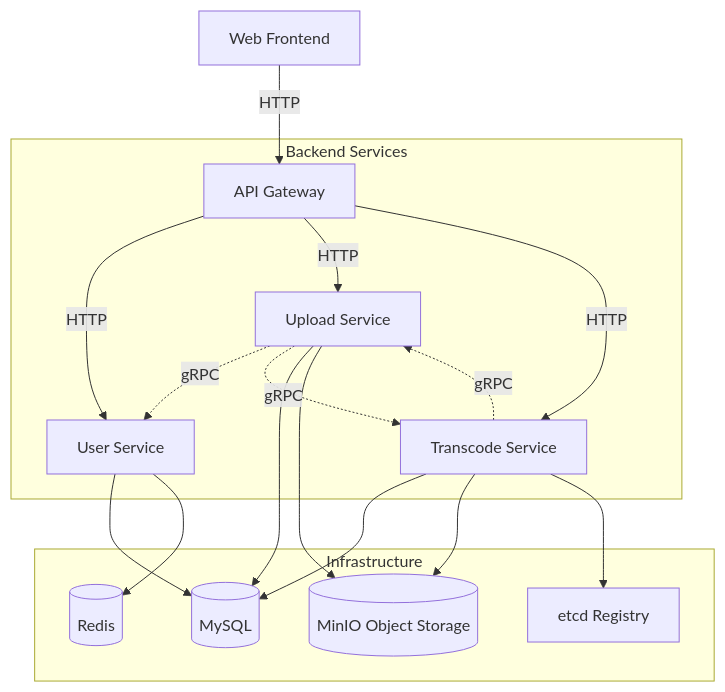
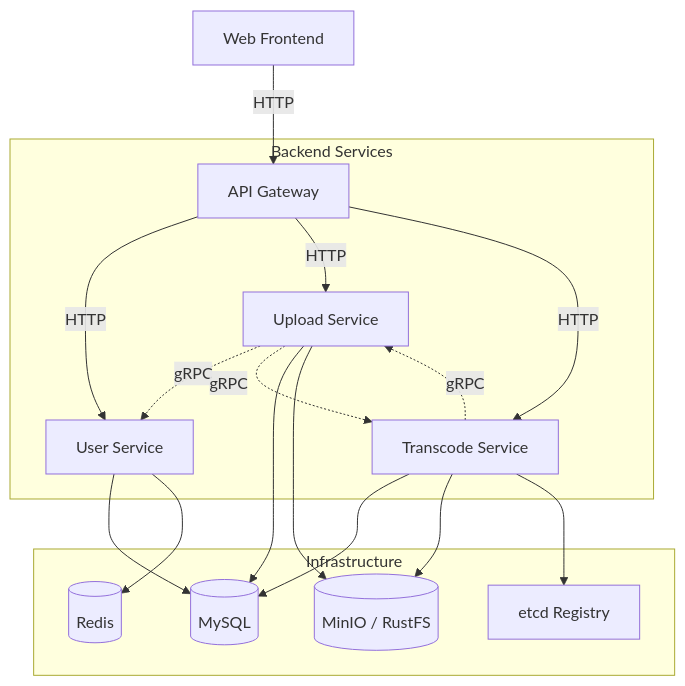
One commit to jiangqiao2/go-video changed the diagram in README.md. Above: the diagram before and after it, drawn with Mermaid. The commit also changed other lines of this file, not shown here.

````diff
--- a/README.md
+++ b/README.md
@@ -16,31 +38,31 @@
 ```mermaid
 graph TD
     Client[Web Frontend] -->|HTTP| Gateway[API Gateway]
     
     subgraph "Backend Services"
         Gateway -->|HTTP| UserSvc[User Service]
         Gateway -->|HTTP| UploadSvc[Upload Service]
         Gateway -->|HTTP| TranscodeSvc[Transcode Service]
         
         UploadSvc -.->|gRPC| UserSvc
         UploadSvc -.->|gRPC| TranscodeSvc
         TranscodeSvc -.->|gRPC| UploadSvc
     end
     
     subgraph "Infrastructure"
         MySQL[(MySQL)]
         Redis[(Redis)]
-        MinIO[(MinIO Object Storage)]
+        ObjectStorage[(MinIO / RustFS)]
         Etcd[etcd Registry]
     end
     
     UserSvc --> MySQL
     UserSvc --> Redis
     
     UploadSvc --> MySQL
-    UploadSvc --> MinIO
+    UploadSvc --> ObjectStorage
     
     TranscodeSvc --> MySQL
-    TranscodeSvc --> MinIO
+    TranscodeSvc --> ObjectStorage
     TranscodeSvc --> Etcd
 ```
````
